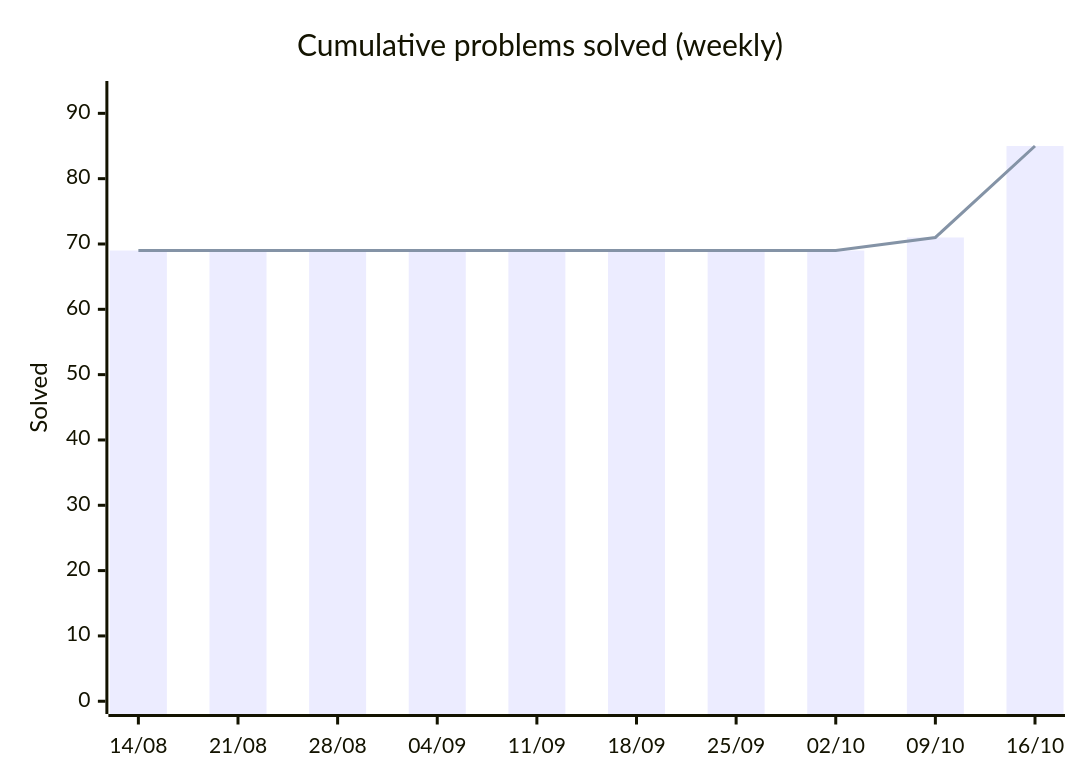
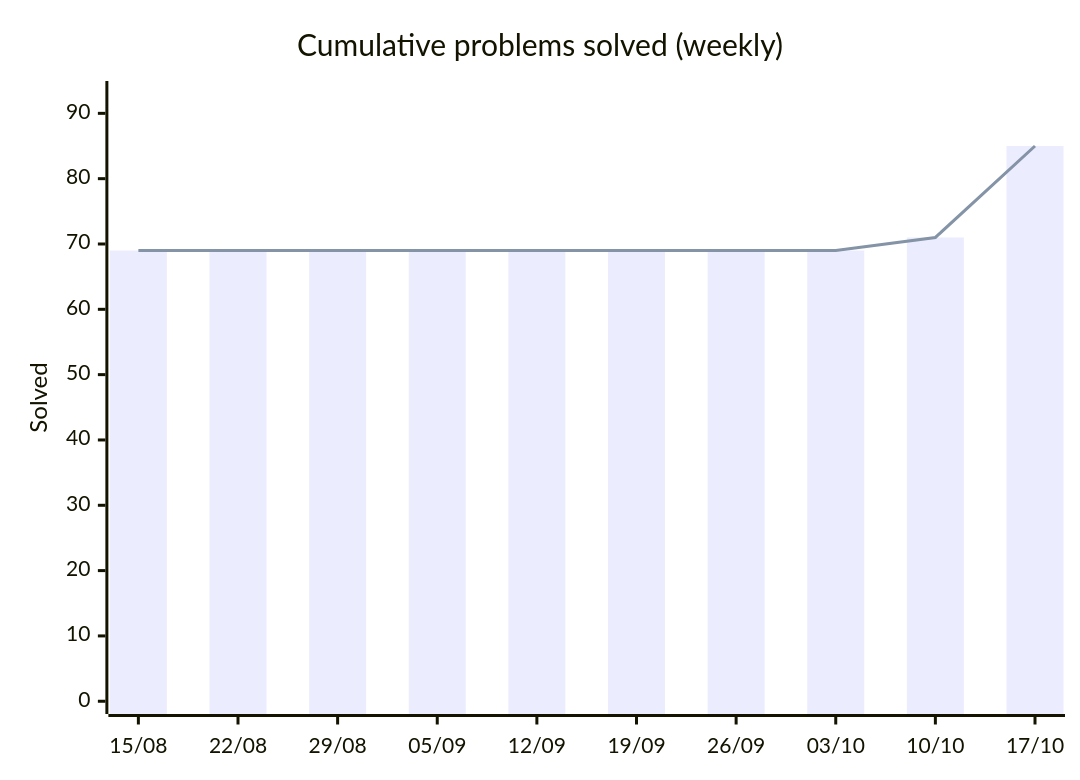
One commit to HarryTrn/TensorTonic-Solutions changed the first of 2 diagrams in README.md. Above: the diagram before and after it, drawn with Mermaid. The commit also changed other lines of this file, not shown here.

Commit message:
docs: auto-update README [skip ci]

````diff
--- a/README.md
+++ b/README.md
@@ -65,8 +65,8 @@
 ```mermaid
 xychart-beta
     title "Cumulative problems solved (weekly)"
-    x-axis ["14/08", "21/08", "28/08", "04/09", "11/09", "18/09", "25/09", "02/10", "09/10", "16/10"]
+    x-axis ["15/08", "22/08", "29/08", "05/09", "12/09", "19/09", "26/09", "03/10", "10/10", "17/10"]
     y-axis "Solved" 0 --> 93
     bar [69, 69, 69, 69, 69, 69, 69, 69, 71, 85]
     line [69, 69, 69, 69, 69, 69, 69, 69, 71, 85]
 ```
````
